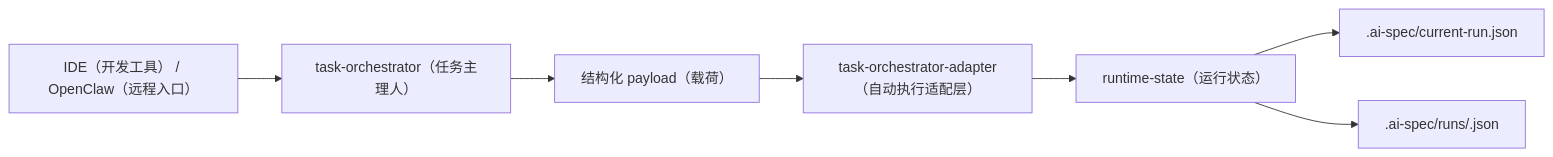
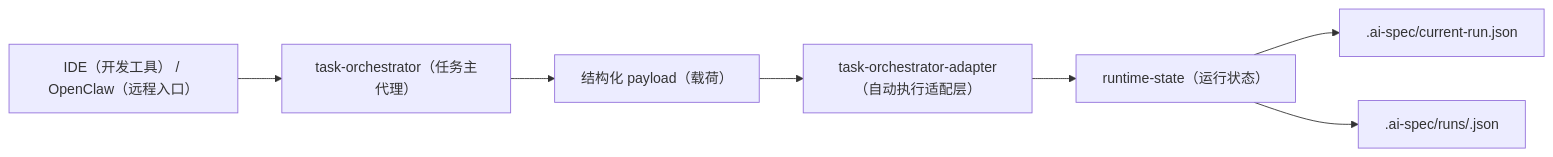
The diagram in docs/paser_two/主理人自动执行适配层-03-31-10-55.md (Colouful/br-ai-spec), drawn with Mermaid before and after one commit. The commit also changed other lines of this file and 88 other files, not shown here.

````diff
--- a/docs/paser_two/主理人自动执行适配层-03-31-10-55.md
+++ b/docs/paser_two/主理人自动执行适配层-03-31-10-55.md
@@ -96,9 +96,9 @@
 ```mermaid
 flowchart LR
-    A["IDE（开发工具） / OpenClaw（远程入口）"] --> B["task-orchestrator（任务主理人）"]
+    A["IDE（开发工具） / OpenClaw（远程入口）"] --> B["task-orchestrator（任务主代理）"]
     B --> C["结构化 payload（载荷）"]
     C --> D["task-orchestrator-adapter（自动执行适配层）"]
     D --> E["runtime-state（运行状态）"]
     E --> F[".ai-spec/current-run.json"]
     E --> G[".ai-spec/runs/<run-id>.json"]
 ```
````
